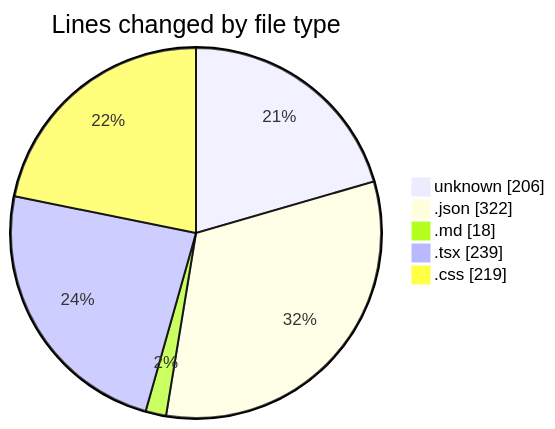
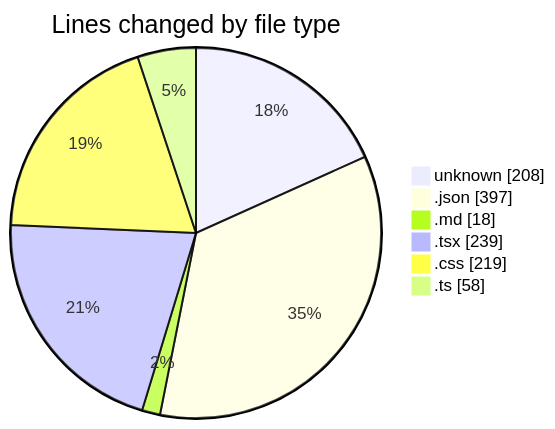
One commit to EIIisD/code-tracking changed the first of 2 diagrams in 2025-08-07/ribbon/README.md. Above: the diagram before and after it, drawn with Mermaid. The commit also changed other lines of this file and 1 other file, not shown here.

````diff
--- a/2025-08-07/ribbon/README.md
+++ b/2025-08-07/ribbon/README.md
@@ -28,9 +29,10 @@
 ```mermaid
 pie showData
 title Lines changed by file type
-"unknown" : 206
-".json" : 322
+"unknown" : 208
+".json" : 397
 ".md" : 18
 ".tsx" : 239
 ".css" : 219
+".ts" : 58
 ```
````
